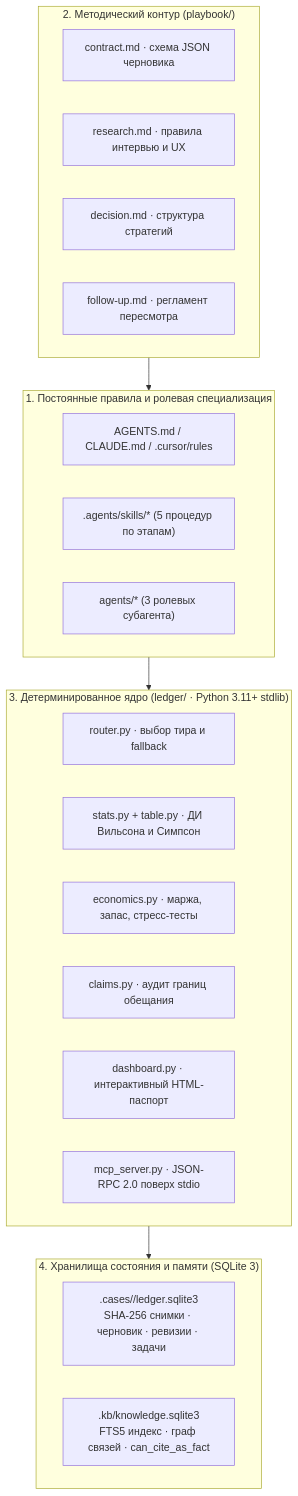
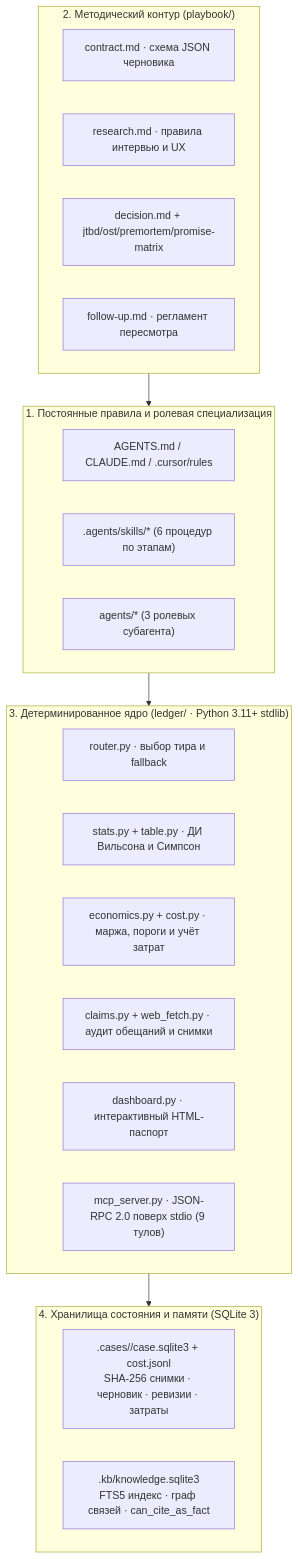
One commit to artemmalanin979-create/decision-ledger changed the diagram in docs/architecture.md. Above: the diagram before and after it, drawn with Mermaid. The commit also changed other lines of this file and 14 other files, not shown here.

````diff
--- a/docs/architecture.md
+++ b/docs/architecture.md
@@ -13,33 +13,33 @@
 ```mermaid
 flowchart TB
     subgraph L1["1. Постоянные правила и ролевая специализация"]
         A1["AGENTS.md / CLAUDE.md / .cursor/rules"]
-        A2[".agents/skills/* (5 процедур по этапам)"]
+        A2[".agents/skills/* (6 процедур по этапам)"]
         A3["agents/* (3 ролевых субагента)"]
     end
 
     subgraph L2["2. Методический контур (playbook/)"]
         P1["contract.md · схема JSON черновика"]
         P2["research.md · правила интервью и UX"]
-        P3["decision.md · структура стратегий"]
+        P3["decision.md + jtbd/ost/premortem/promise-matrix"]
         P4["follow-up.md · регламент пересмотра"]
     end
 
     subgraph L3["3. Детерминированное ядро (ledger/ · Python 3.11+ stdlib)"]
         C1["router.py · выбор тира и fallback"]
         C2["stats.py + table.py · ДИ Вильсона и Симпсон"]
-        C3["economics.py · маржа, запас, стресс-тесты"]
-        C4["claims.py · аудит границ обещания"]
+        C3["economics.py + cost.py · маржа, пороги и учёт затрат"]
+        C4["claims.py + web_fetch.py · аудит обещаний и снимки"]
         C5["dashboard.py · интерактивный HTML-паспорт"]
-        C6["mcp_server.py · JSON-RPC 2.0 поверх stdio"]
+        C6["mcp_server.py · JSON-RPC 2.0 поверх stdio (9 тулов)"]
     end
 
     subgraph L4["4. Хранилища состояния и памяти (SQLite 3)"]
-        S1[".cases/<case>/ledger.sqlite3\nSHA-256 снимки · черновик · ревизии · задачи"]
+        S1[".cases/<case>/case.sqlite3 + cost.jsonl\nSHA-256 снимки · черновик · ревизии · затраты"]
         S2[".kb/knowledge.sqlite3\nFTS5 индекс · граф связей · can_cite_as_fact"]
     end
 
     L1 --> L3
     L2 --> L1
     L3 --> L4
 ```
````
